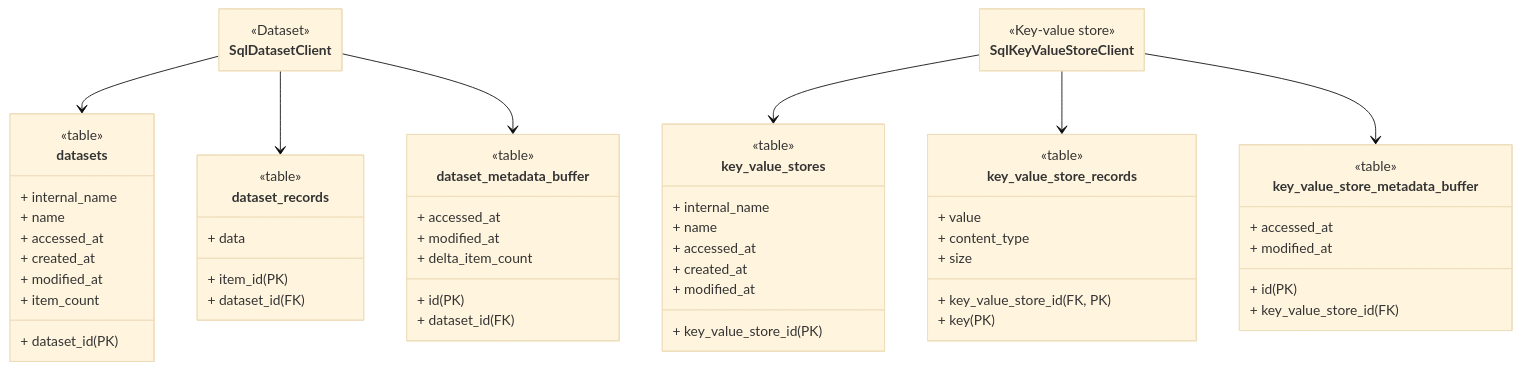
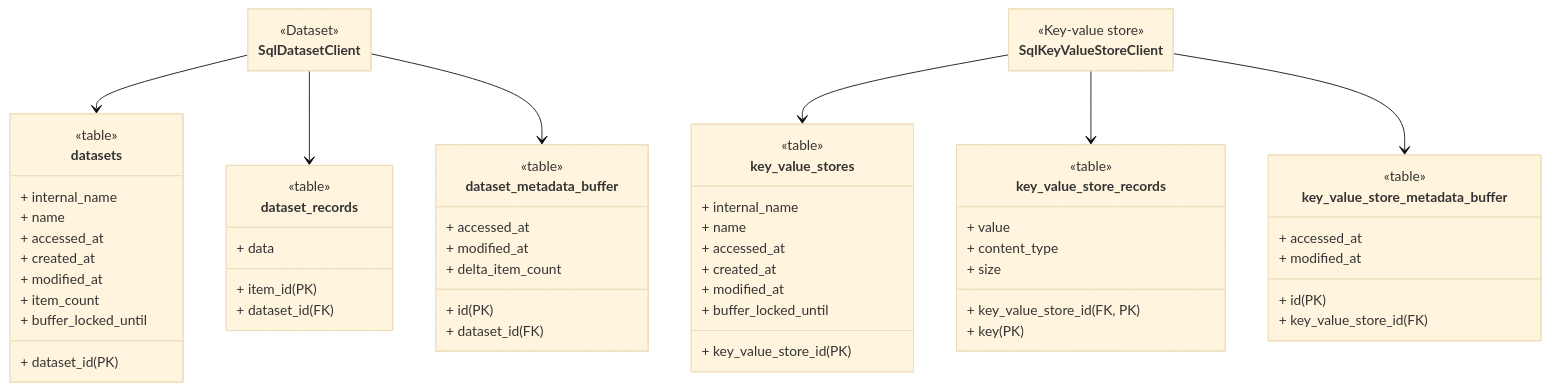
The second of 6 diagrams in docs/guides/storage_clients.mdx (apify/crawlee-python), drawn with Mermaid (base theme) before and after one commit. The commit also changed other lines of this file and 4 other files, not shown here.

```diff
--- a/docs/guides/storage_clients.mdx
+++ b/docs/guides/storage_clients.mdx
@@ -199,6 +199,7 @@
     + created_at
     + modified_at
     + item_count
+    + buffer_locked_until
 }
 
 class dataset_records {
@@ -229,6 +230,7 @@
     + accessed_at
     + created_at
     + modified_at
+    + buffer_locked_until
 }
 
 class key_value_store_records {
```
